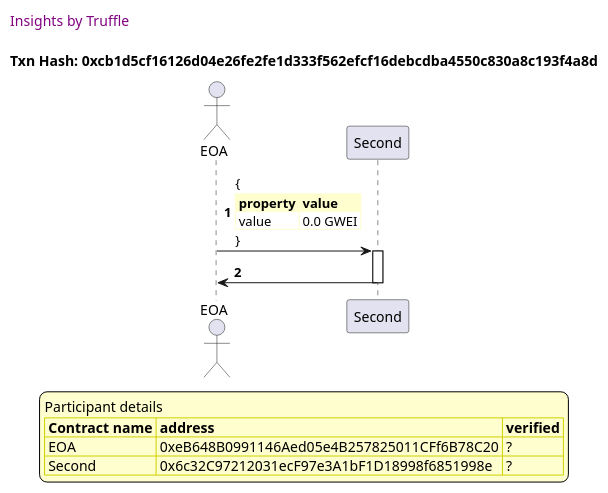
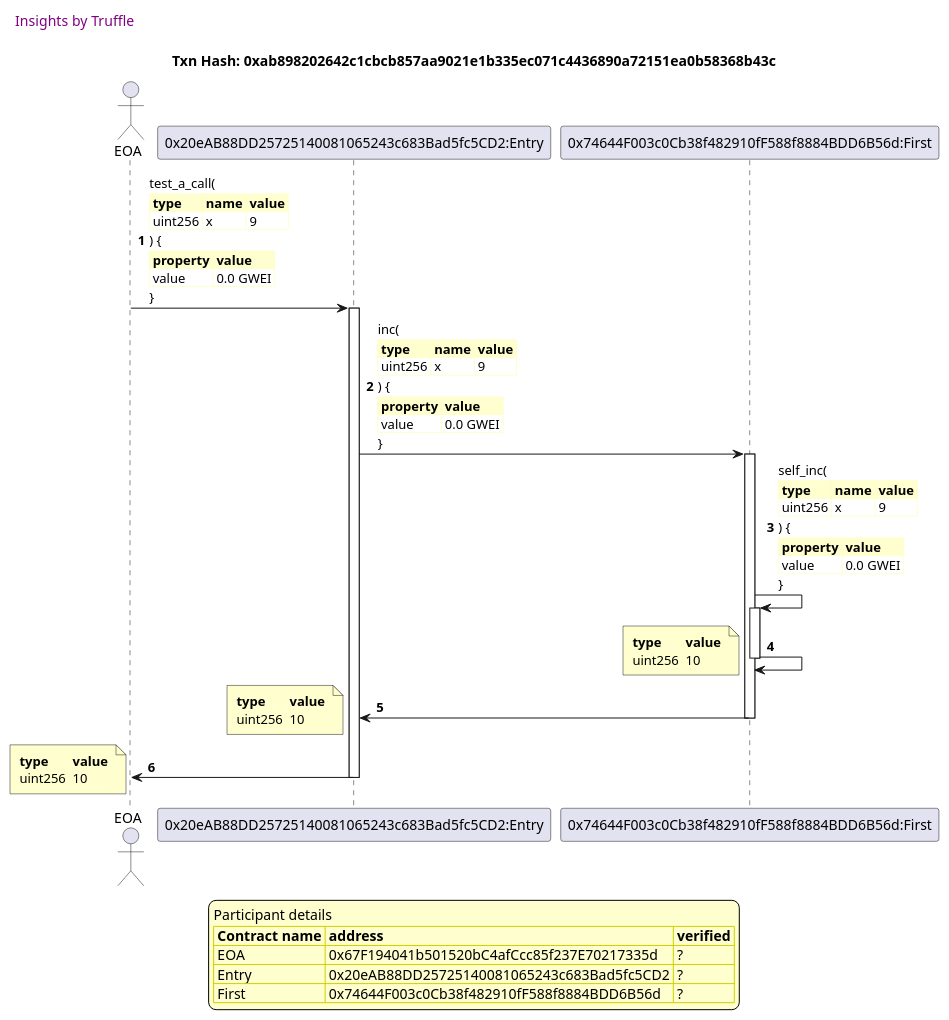
The first of 4 diagrams in truffle-seq/basics.md (trufflesuite/txlog-seedlings), drawn with PlantUML before and after one commit. The commit also changed other lines of this file and 3 other files, not shown here.

```diff
--- a/truffle-seq/basics.md
+++ b/truffle-seq/basics.md
@@ -29,27 +29,65 @@
 
 header Insights by Truffle
 
-title Txn Hash: 0xcb1d5cf16126d04e26fe2fe1d333f562efcf16debcdba4550c830a8c193f4a8d
+title Txn Hash: 0xab898202642c1cbcb857aa9021e1b335ec071c4436890a72151ea0b58368b43c
 
 
 actor EOA as "EOA"
 
-participant Second as "Second"
+participant Entry as "0x20eAB88DD25725140081065243c683Bad5fc5CD2:Entry"
 
-"EOA" -> "Second" ++: {\n\
+participant First as "0x74644F003c0Cb38f482910fF588f8884BDD6B56d:First"
+
+"EOA" -> "Entry" ++: test_a_call(\n\
+<#FEFECE,#FEFECE>|= type |= name |= value |\n\
+| uint256 | x | 9 |\n\
+) {\n\
 <#FEFECE,#FEFECE>|= property |= value|\n\
 | value | 0.0 GWEI |\n\
 }
 
-"Second" -> "EOA" --: 
+"Entry" -> "First" ++: inc(\n\
+<#FEFECE,#FEFECE>|= type |= name |= value |\n\
+| uint256 | x | 9 |\n\
+) {\n\
+<#FEFECE,#FEFECE>|= property |= value|\n\
+| value | 0.0 GWEI |\n\
+}
+
+"First" -> "First" ++: self_inc(\n\
+<#FEFECE,#FEFECE>|= type |= name |= value |\n\
+| uint256 | x | 9 |\n\
+) {\n\
+<#FEFECE,#FEFECE>|= property |= value|\n\
+| value | 0.0 GWEI |\n\
+}
+
+"First" -> "First" --: 
+note left #FEFECE
+<#FEFECE,#FEFECE>|= type |= value |
+| uint256 | 10 |
+end note
+
+"First" -> "Entry" --: 
+note left #FEFECE
+<#FEFECE,#FEFECE>|= type |= value |
+| uint256 | 10 |
+end note
+
+"Entry" -> "EOA" --: 
+note left #FEFECE
+<#FEFECE,#FEFECE>|= type |= value |
+| uint256 | 10 |
+end note
 
 
 
 legend
 Participant details
 <#FEFECE,#D0D000>|= Contract name |= address |= verified |
-<#FEFECE>| EOA | 0xeB648B0991146Aed05e4B257825011CFf6B78C20 | ? |
-<#FEFECE>| Second | 0x6c32C97212031ecF97e3A1bF1D18998f6851998e | ? |
+<#FEFECE>| EOA | 0x67F194041b501520bC4afCcc85f237E70217335d | ? |
+<#FEFECE>| Entry | 0x20eAB88DD25725140081065243c683Bad5fc5CD2 | ? |
+<#FEFECE>| First | 0x74644F003c0Cb38f482910fF588f8884BDD6B56d | ? |
 endlegend
 
 
```
